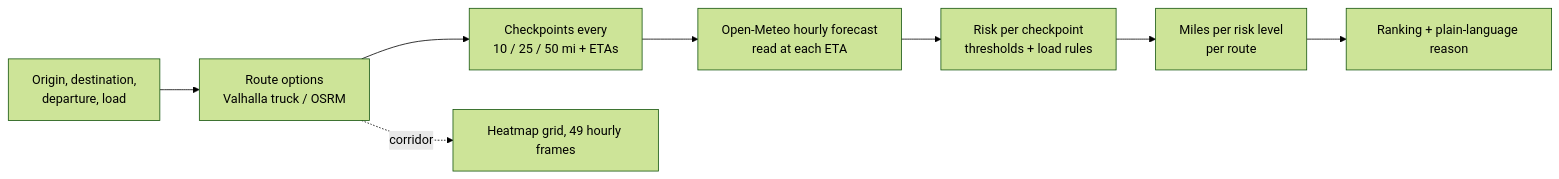
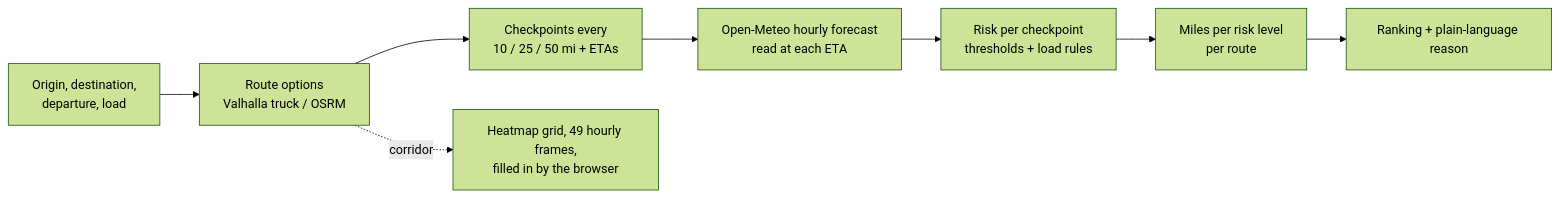
The diagram in README.md (edillormark2/haulcast), drawn with Mermaid (forest theme) before and after one commit. The commit also changed other lines of this file and 21 other files, not shown here.

````diff
--- a/README.md
+++ b/README.md
@@ -85,10 +85,10 @@
 ```mermaid
 flowchart LR
   A[Origin, destination,<br/>departure, load] --> B[Route options<br/>Valhalla truck / OSRM]
   B --> C[Checkpoints every<br/>10 / 25 / 50 mi + ETAs]
   C --> D[Open-Meteo hourly forecast<br/>read at each ETA]
   D --> E[Risk per checkpoint<br/>thresholds + load rules]
   E --> F[Miles per risk level<br/>per route]
   F --> G[Ranking + plain-language reason]
-  B -. corridor .-> H[Heatmap grid, 49 hourly frames]
+  B -. corridor .-> H[Heatmap grid, 49 hourly frames,<br/>filled in by the browser]
 ```
````
